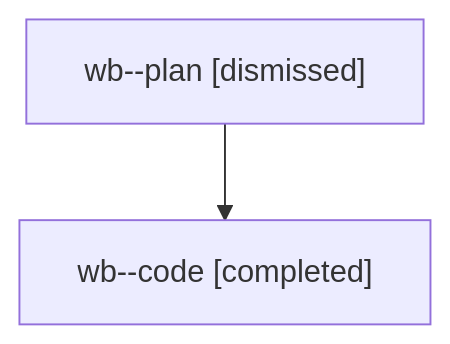
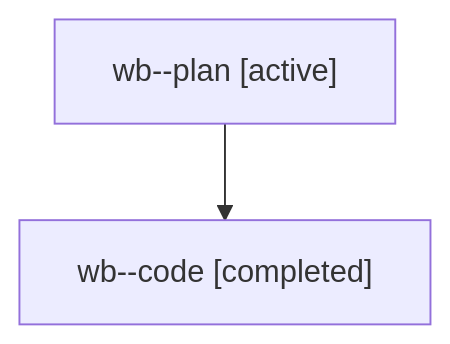
Before and after one commit to sase-org/sase--agents: the diagram in families/bbugyi200.athena.wb.md, drawn with Mermaid. The commit also changed other lines of this file and 35830 other files, not shown here.

````diff
--- a/families/bbugyi200.athena.wb.md
+++ b/families/bbugyi200.athena.wb.md
@@ -9,6 +9,6 @@
 ```mermaid
 flowchart TD
-  n0["wb--plan [dismissed]"]
+  n0["wb--plan [active]"]
   n1["wb--code [completed]"]
   n0 --> n1
 ```
````
